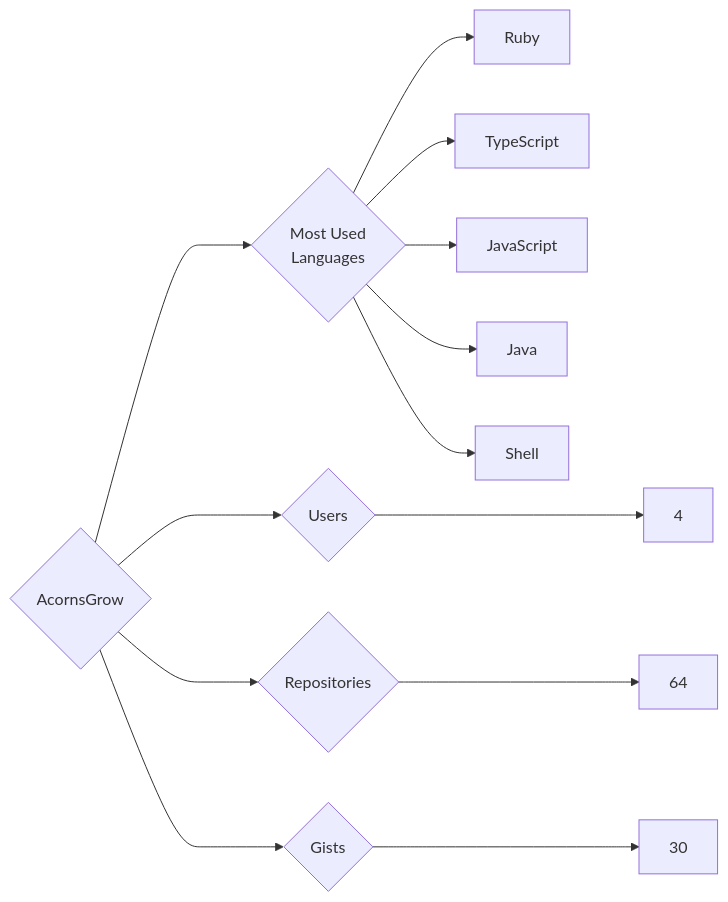
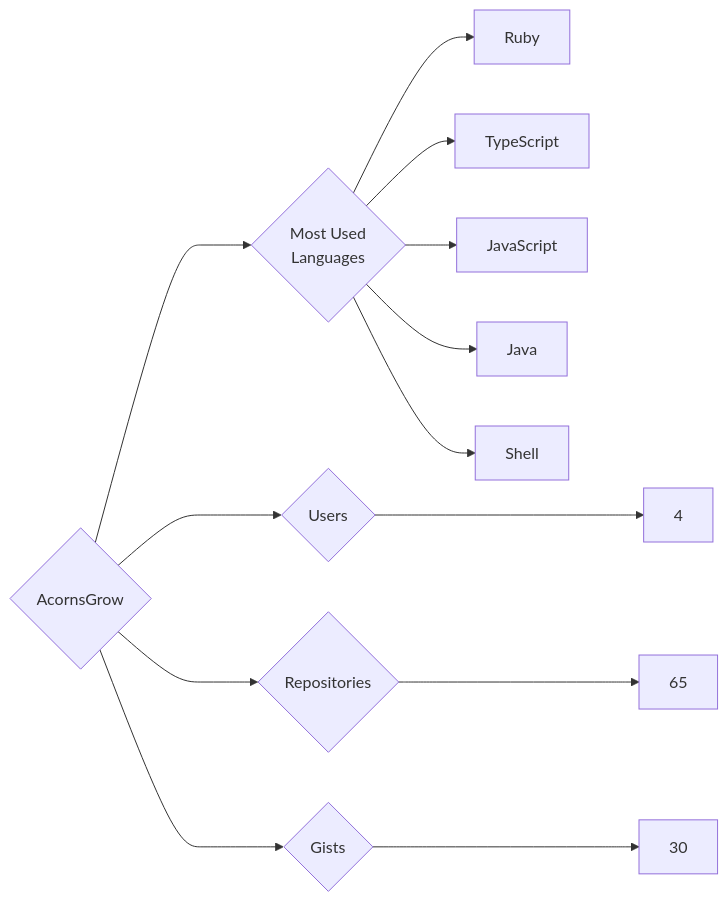
Before and after one commit to trickest/insiders: the diagram in targets/AcornsGrow/README.md, drawn with Mermaid. The commit also changed 718 other files, not shown here.

````diff
--- a/targets/AcornsGrow/README.md
+++ b/targets/AcornsGrow/README.md
@@ -3,13 +3,13 @@
 ```mermaid
 graph LR
 COMPANY_NAME{AcornsGrow}
 COMPANY_NAME ---> U{Users} ---> UN[4]
-COMPANY_NAME ---> R{Repositories} ---> RN[64]
+COMPANY_NAME ---> R{Repositories} ---> RN[65]
 COMPANY_NAME ---> G{Gists} ---> GN[30]
 COMPANY_NAME ---> ML{Most Used<br>Languages}
 ML --> Ruby[Ruby]
 ML --> TypeScript[TypeScript]
 ML --> JavaScript[JavaScript]
 ML --> Java[Java]
 ML --> Shell[Shell]
 ```
````
